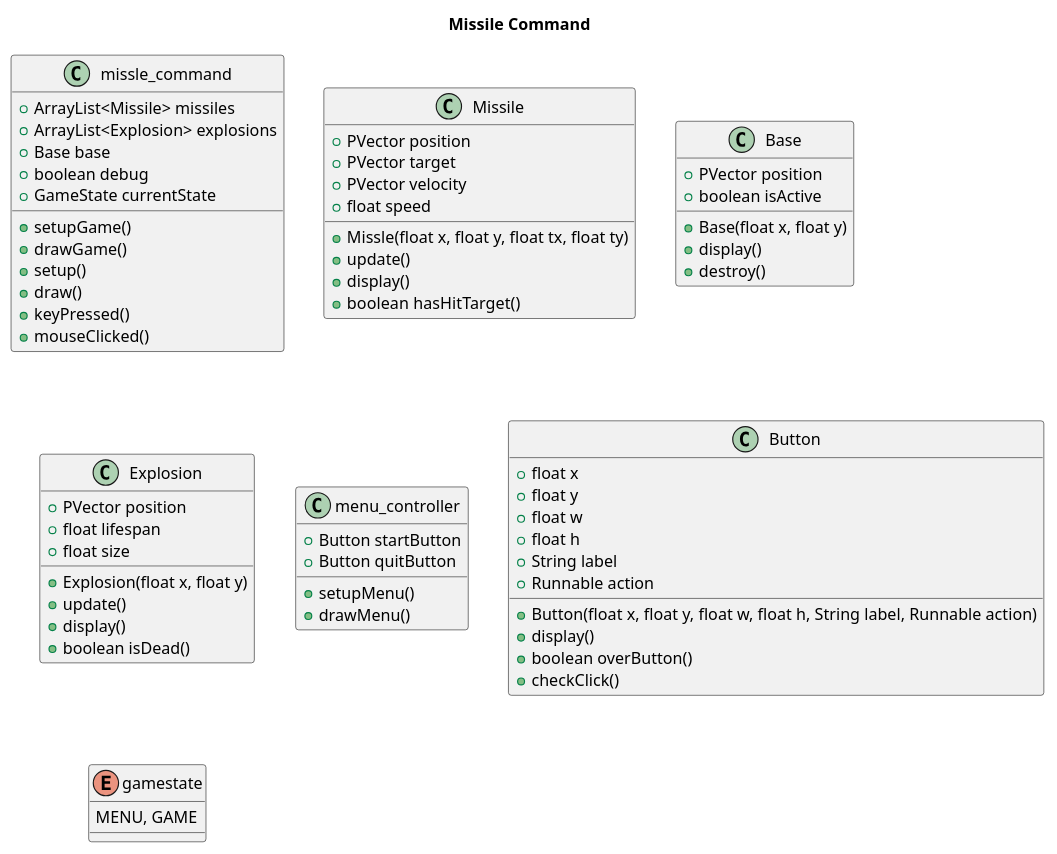
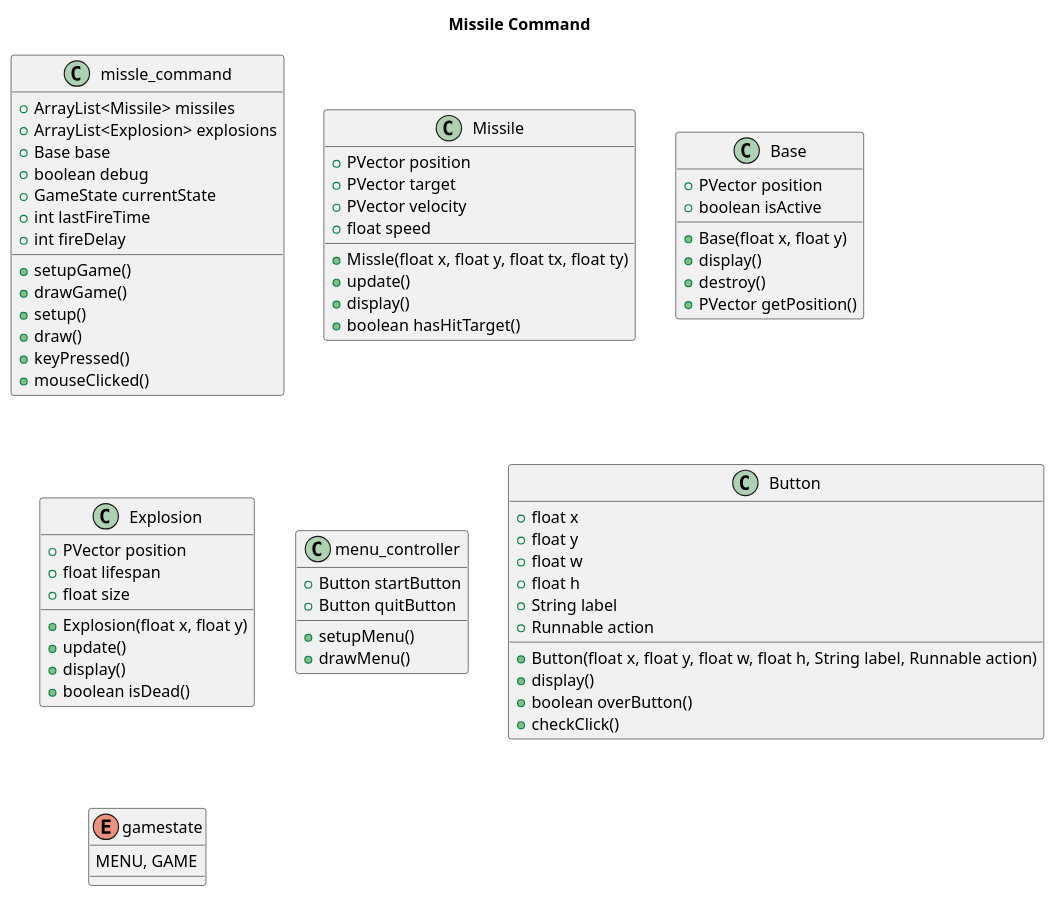
The diagram in UMLdiagram.puml (dangoodie/missile_command), drawn with PlantUML before and after one commit. The commit also changed 2 other files, not shown here.

Commit message:
logic built to find the closes base and fire from that one

```diff
--- a/UMLdiagram.puml
+++ b/UMLdiagram.puml
@@ -1,69 +1,72 @@
 @startuml Missile Command
 title Missile Command
 
 class missle_command {
   +ArrayList<Missile> missiles
   +ArrayList<Explosion> explosions
   +Base base
   +boolean debug
   +GameState currentState
+  +int lastFireTime
+  +int fireDelay
   +setupGame()
   +drawGame()
   +setup()
   +draw()
   +keyPressed()
   +mouseClicked()
 }
 
 class Missile {
   +PVector position
   +PVector target
   +PVector velocity
   +float speed
   +Missle(float x, float y, float tx, float ty)
   +update()
   +display()
   +boolean hasHitTarget()
 }
 
 class Base {
   +PVector position
   +boolean isActive
   +Base(float x, float y)
   +display()
   +destroy()
+  +PVector getPosition()
 }
 
 class Explosion {
   +PVector position
   +float lifespan
   +float size
   +Explosion(float x, float y)
   +update()
   +display()
   +boolean isDead()
 }
 
 class menu_controller {
   +Button startButton
   +Button quitButton
   +setupMenu()
   +drawMenu()
 }
 
 class Button {
   +float x
   +float y
   +float w
   +float h
   +String label
   +Runnable action
   +Button(float x, float y, float w, float h, String label, Runnable action)
   +display()
   +boolean overButton()
   +checkClick()
 }
 enum gamestate {
   MENU, GAME
 }
 @enduml
```
